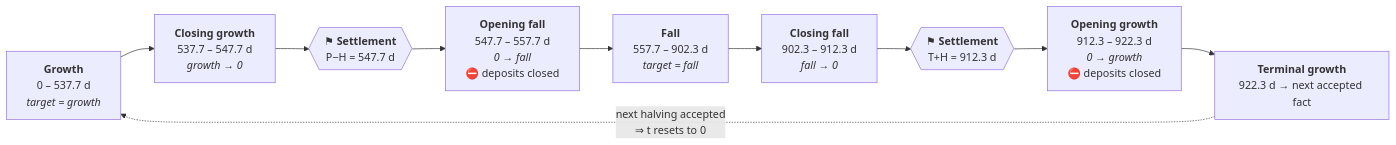
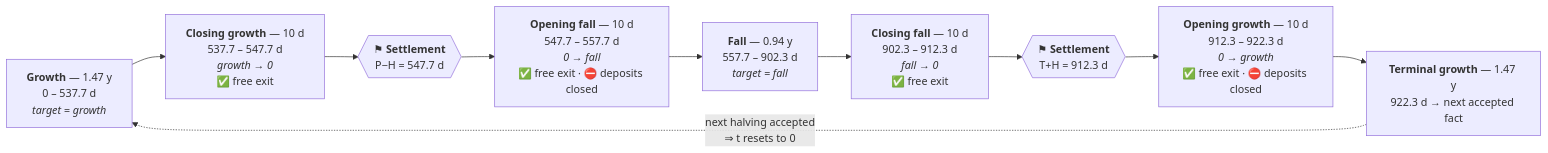
Before and after one commit to gvakhrushev/b4_core: the second of 6 diagrams in README.md, drawn with Mermaid. The commit also changed other lines of this file and 3 other files, not shown here.

````diff
--- a/README.md
+++ b/README.md
@@ -70,15 +80,15 @@
 ```mermaid
 flowchart LR
-    G["<b>Growth</b><br/>0 – 537.7 d<br/><i>target = growth</i>"]
-    CG["<b>Closing growth</b><br/>537.7 – 547.7 d<br/><i>growth → 0</i>"]
+    G["<b>Growth</b> — 1.47 y<br/>0 – 537.7 d<br/><i>target = growth</i>"]
+    CG["<b>Closing growth</b> — 10 d<br/>537.7 – 547.7 d<br/><i>growth → 0</i><br/>✅ free exit"]
     S1{{"⚑ <b>Settlement</b><br/>P−H = 547.7 d"}}
-    OF["<b>Opening fall</b><br/>547.7 – 557.7 d<br/><i>0 → fall</i><br/>⛔ deposits closed"]
-    F["<b>Fall</b><br/>557.7 – 902.3 d<br/><i>target = fall</i>"]
-    CF["<b>Closing fall</b><br/>902.3 – 912.3 d<br/><i>fall → 0</i>"]
+    OF["<b>Opening fall</b> — 10 d<br/>547.7 – 557.7 d<br/><i>0 → fall</i><br/>✅ free exit · ⛔ deposits closed"]
+    F["<b>Fall</b> — 0.94 y<br/>557.7 – 902.3 d<br/><i>target = fall</i>"]
+    CF["<b>Closing fall</b> — 10 d<br/>902.3 – 912.3 d<br/><i>fall → 0</i><br/>✅ free exit"]
     S2{{"⚑ <b>Settlement</b><br/>T+H = 912.3 d"}}
-    OG["<b>Opening growth</b><br/>912.3 – 922.3 d<br/><i>0 → growth</i><br/>⛔ deposits closed"]
-    TG["<b>Terminal growth</b><br/>922.3 d → next accepted fact"]
+    OG["<b>Opening growth</b> — 10 d<br/>912.3 – 922.3 d<br/><i>0 → growth</i><br/>✅ free exit · ⛔ deposits closed"]
+    TG["<b>Terminal growth</b> — 1.47 y<br/>922.3 d → next accepted fact"]
 
     G --> CG --> S1 --> OF --> F --> CF --> S2 --> OG --> TG
     TG -. "next halving accepted<br/>⇒ t resets to 0" .-> G
 ```
````
